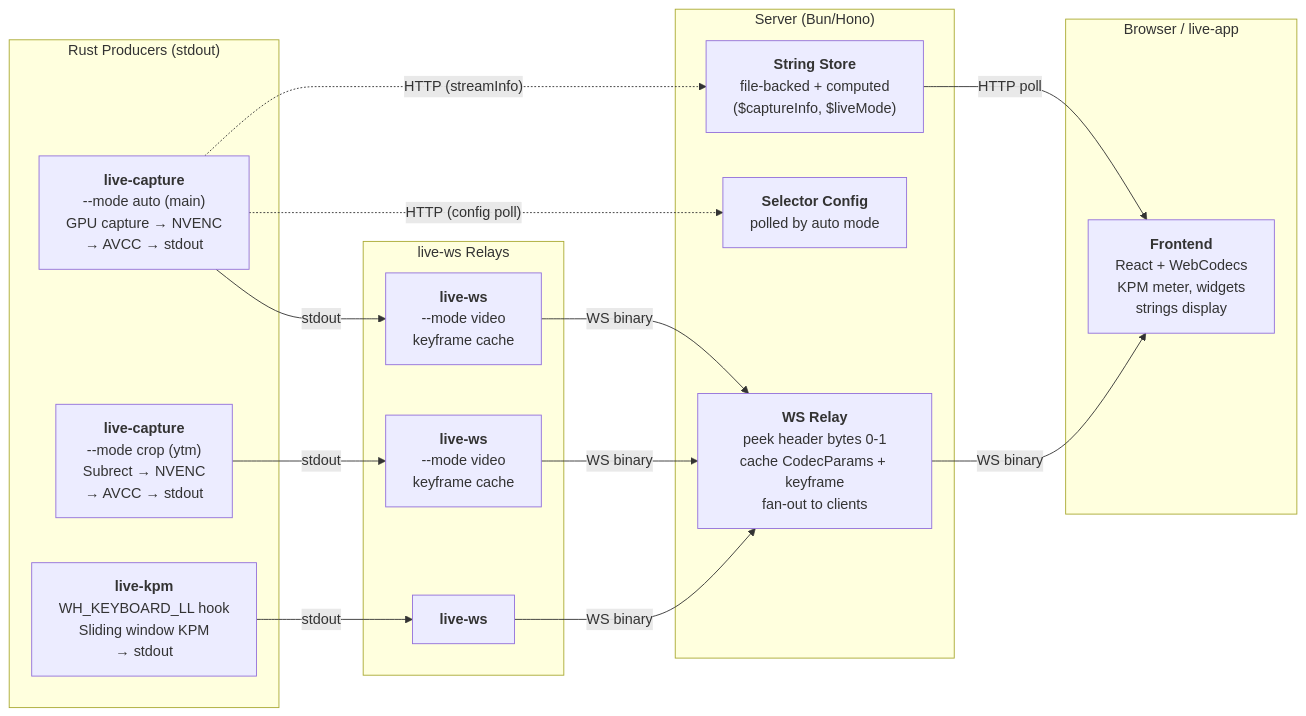
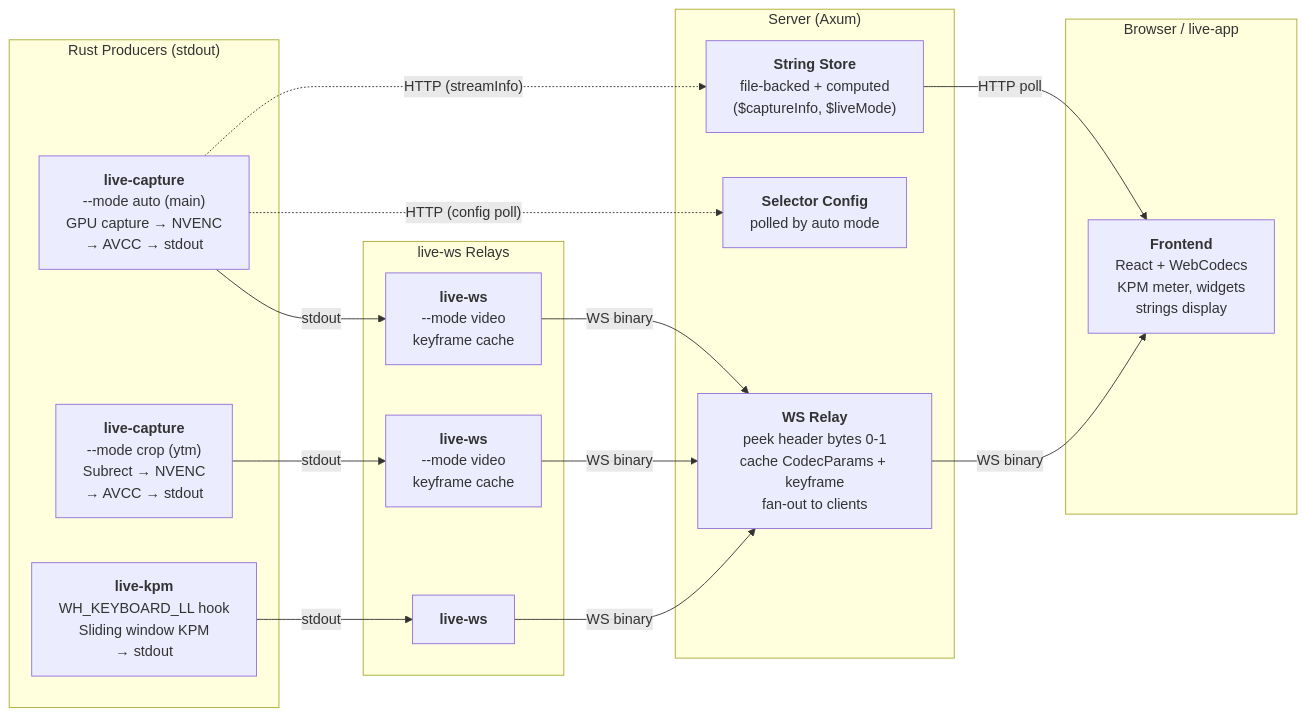
One commit to NekomaruQwQ/Nekomaru-LiveUI changed the diagram in docs/README.md. Above: the diagram before and after it, drawn with Mermaid. The commit also changed other lines of this file and 54 other files, not shown here.

Commit message:
RIIR server: Axum replaces Hono, delete live-video and server/

````diff
--- a/docs/README.md
+++ b/docs/README.md
@@ -95,38 +95,38 @@
 ```mermaid
 graph LR
     subgraph producers["Rust Producers (stdout)"]
         capture_auto["<b>live-capture</b><br/>--mode auto (main)<br/>GPU capture → NVENC<br/>→ AVCC → stdout"]
         capture_crop["<b>live-capture</b><br/>--mode crop (ytm)<br/>Subrect → NVENC<br/>→ AVCC → stdout"]
         kpm["<b>live-kpm</b><br/>WH_KEYBOARD_LL hook<br/>Sliding window KPM<br/>→ stdout"]
     end
 
     subgraph relays["live-ws Relays"]
         ws_main["<b>live-ws</b><br/>--mode video<br/>keyframe cache"]
         ws_ytm["<b>live-ws</b><br/>--mode video<br/>keyframe cache"]
         ws_kpm["<b>live-ws</b>"]
     end
 
-    subgraph server["Server (Bun/Hono)"]
+    subgraph server["Server (Axum)"]
         relay["<b>WS Relay</b><br/>peek header bytes 0-1<br/>cache CodecParams + keyframe<br/>fan-out to clients"]
         strings["<b>String Store</b><br/>file-backed + computed<br/>($captureInfo, $liveMode)"]
         config["<b>Selector Config</b><br/>polled by auto mode"]
     end
 
     subgraph frontend["Browser / live-app"]
         viewer["<b>Frontend</b><br/>React + WebCodecs<br/>KPM meter, widgets<br/>strings display"]
     end
 
     capture_auto -- "stdout" --> ws_main
     capture_crop -- "stdout" --> ws_ytm
     kpm -- "stdout" --> ws_kpm
 
     ws_main -- "WS binary" --> relay
     ws_ytm -- "WS binary" --> relay
     ws_kpm -- "WS binary" --> relay
 
     capture_auto -. "HTTP (config poll)" .-> config
     capture_auto -. "HTTP (streamInfo)" .-> strings
 
     relay -- "WS binary" --> viewer
     strings -- "HTTP poll" --> viewer
 ```
````
